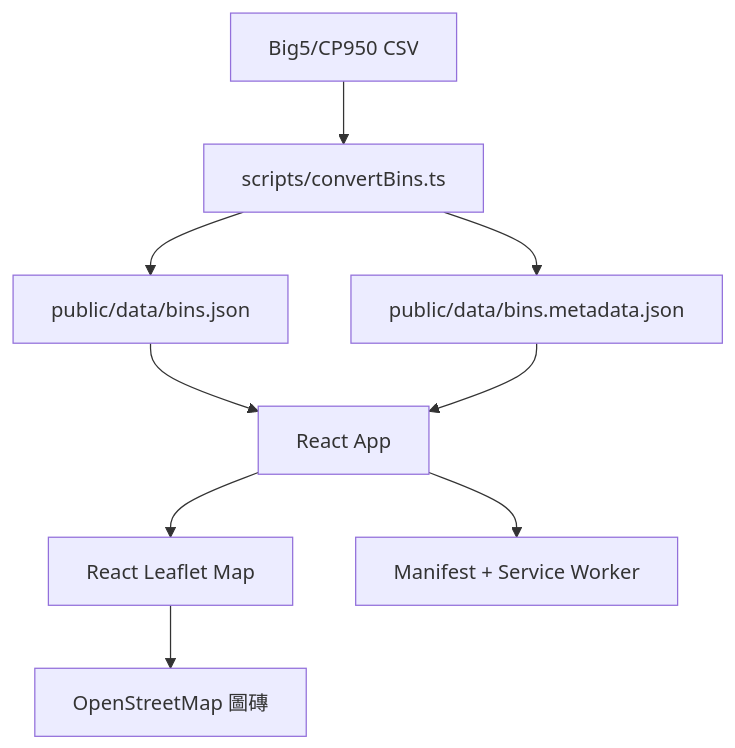
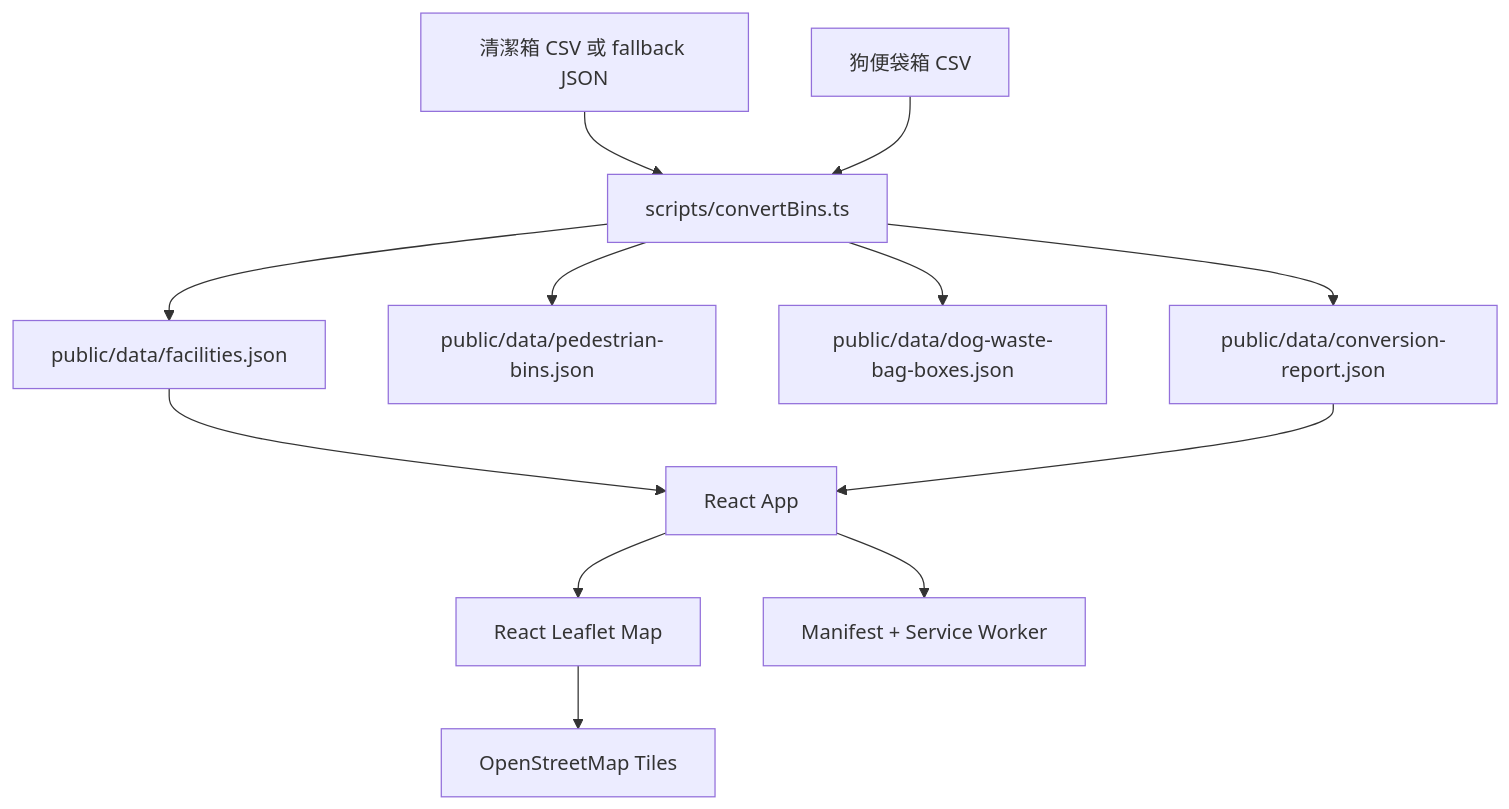
Before and after one commit to LEO0331/taipei-bin-map: the diagram in docs/system-design.zh-Hant.md, drawn with Mermaid. The commit also changed other lines of this file and 35 other files, not shown here.

Commit message:
add dog bin

````diff
--- a/docs/system-design.zh-Hant.md
+++ b/docs/system-design.zh-Hant.md
@@ -9,11 +9,14 @@
 ```mermaid
 flowchart TD
-  CSV["Big5/CP950 CSV"] --> Convert["scripts/convertBins.ts"]
-  Convert --> Bins["public/data/bins.json"]
-  Convert --> Meta["public/data/bins.metadata.json"]
-  Bins --> App["React App"]
-  Meta --> App
+  BinCSV["清潔箱 CSV 或 fallback JSON"] --> Convert["scripts/convertBins.ts"]
+  DogCSV["狗便袋箱 CSV"] --> Convert
+  Convert --> Facilities["public/data/facilities.json"]
+  Convert --> Pedestrian["public/data/pedestrian-bins.json"]
+  Convert --> Dog["public/data/dog-waste-bag-boxes.json"]
+  Convert --> Report["public/data/conversion-report.json"]
+  Facilities --> App["React App"]
+  Report --> App
   App --> Leaflet["React Leaflet Map"]
-  Leaflet --> OSM["OpenStreetMap 圖磚"]
+  Leaflet --> OSM["OpenStreetMap Tiles"]
   App --> PWA["Manifest + Service Worker"]
 ```
````
